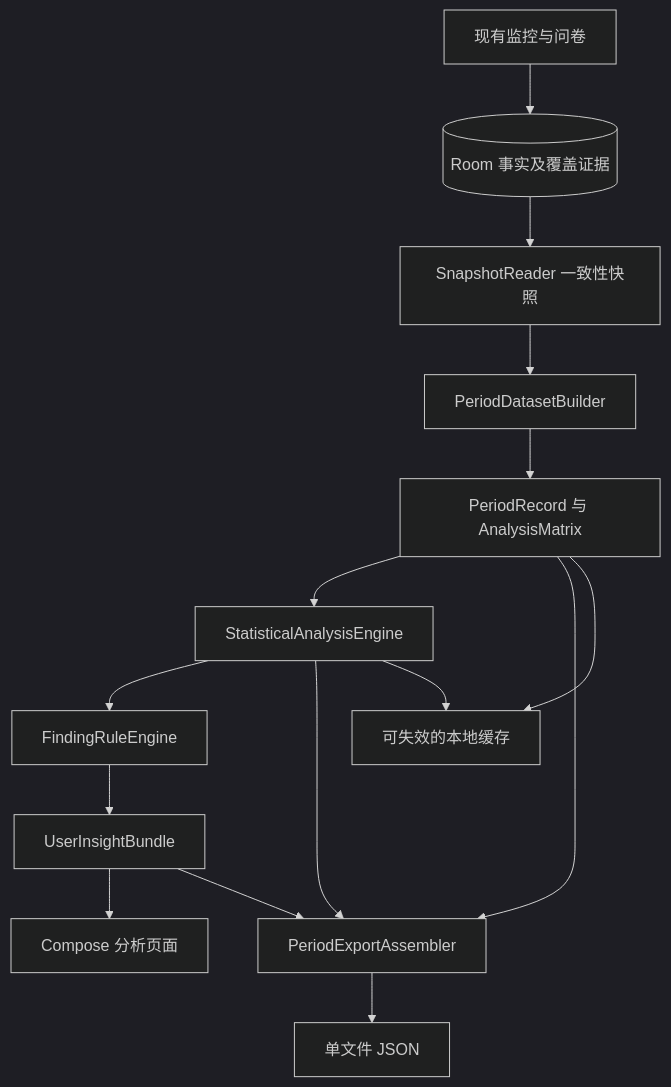
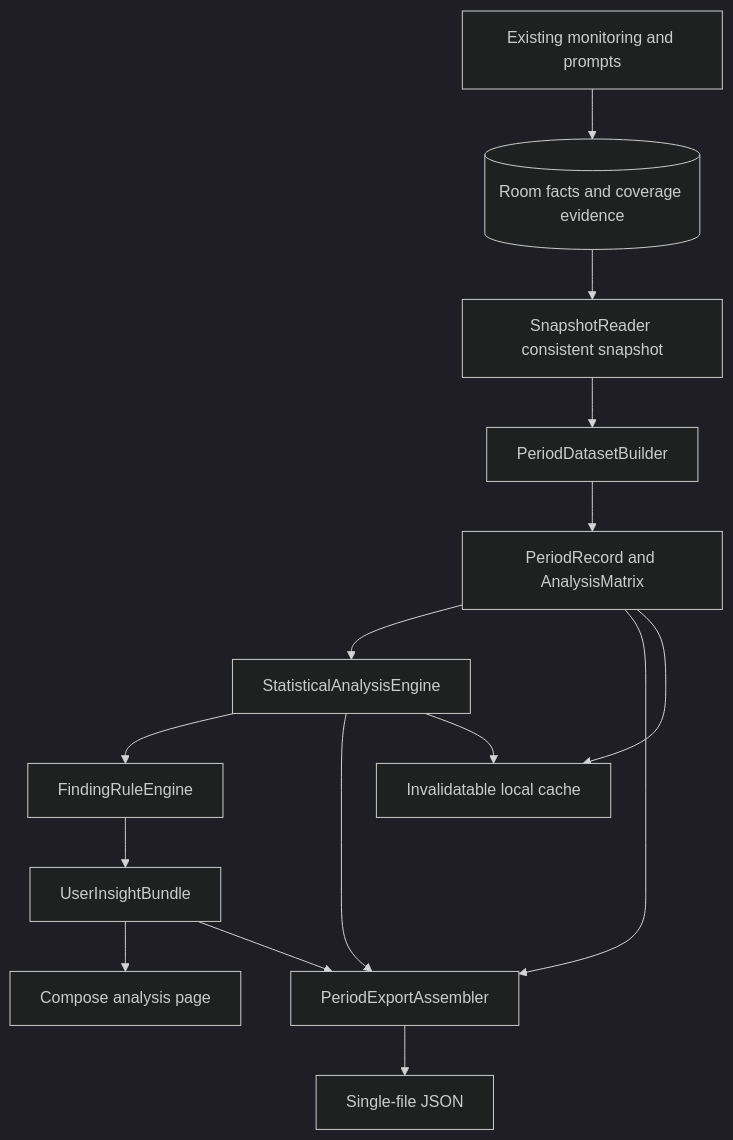
The diagram in docs/FREE_ANALYSIS_HIGH_LEVEL_DESIGN.md (Xiao-Chen-usc/phonemood), drawn with Mermaid (dark theme) before and after one commit. The commit also changed other lines of this file and 44 other files, not shown here.

````diff
--- a/docs/FREE_ANALYSIS_HIGH_LEVEL_DESIGN.md
+++ b/docs/FREE_ANALYSIS_HIGH_LEVEL_DESIGN.md
@@ -37,17 +56,17 @@
 ```mermaid
 flowchart TD
-    A[现有监控与问卷] --> B[(Room 事实及覆盖证据)]
-    B --> C[SnapshotReader 一致性快照]
+    A[Existing monitoring and prompts] --> B[(Room facts and coverage evidence)]
+    B --> C[SnapshotReader consistent snapshot]
     C --> D[PeriodDatasetBuilder]
-    D --> E[PeriodRecord 与 AnalysisMatrix]
+    D --> E[PeriodRecord and AnalysisMatrix]
     E --> F[StatisticalAnalysisEngine]
     F --> G[FindingRuleEngine]
     G --> H[UserInsightBundle]
-    H --> I[Compose 分析页面]
+    H --> I[Compose analysis page]
     E --> J[PeriodExportAssembler]
     F --> J
     H --> J
-    J --> K[单文件 JSON]
-    E --> L[可失效的本地缓存]
+    J --> K[Single-file JSON]
+    E --> L[Invalidatable local cache]
     F --> L
 ```
````
